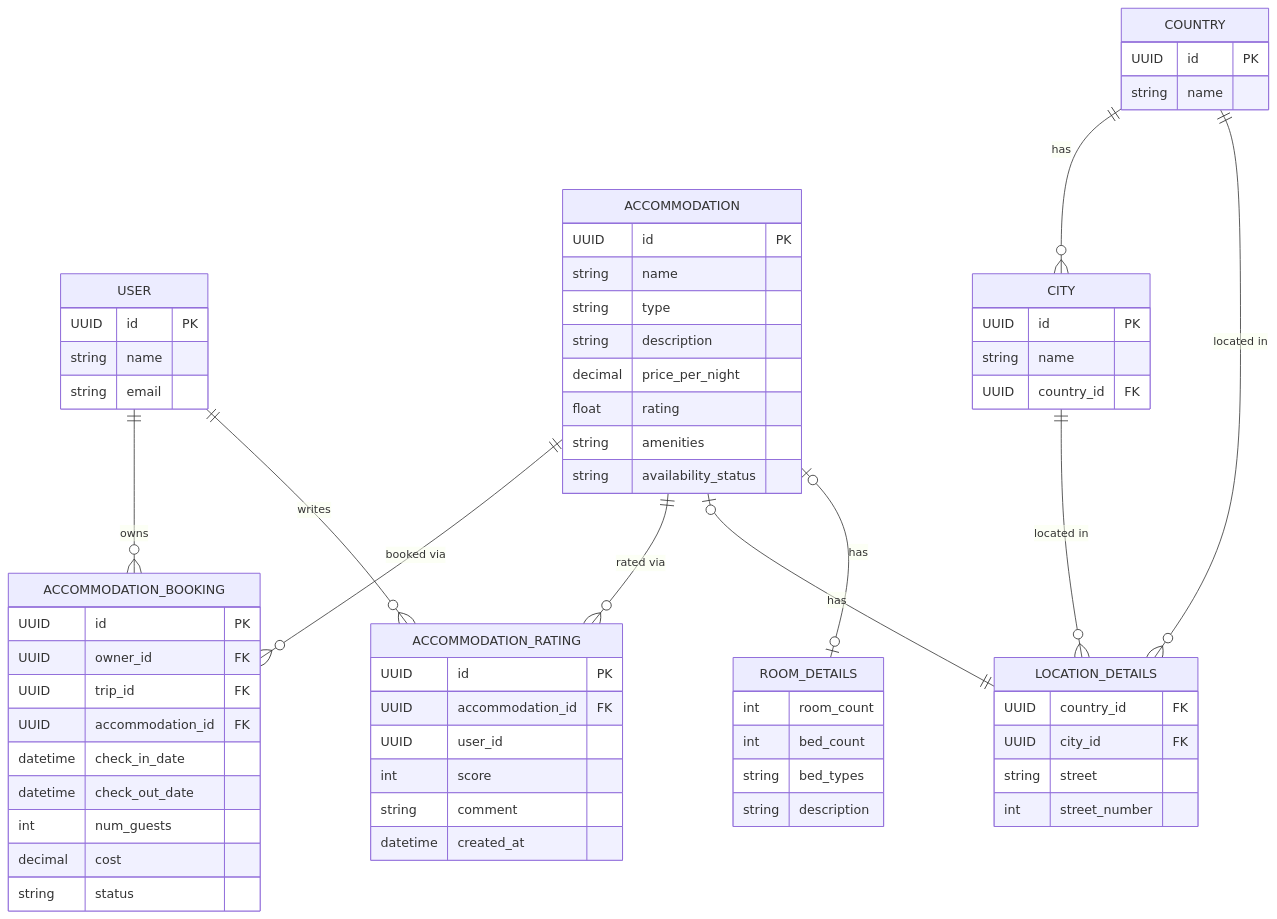
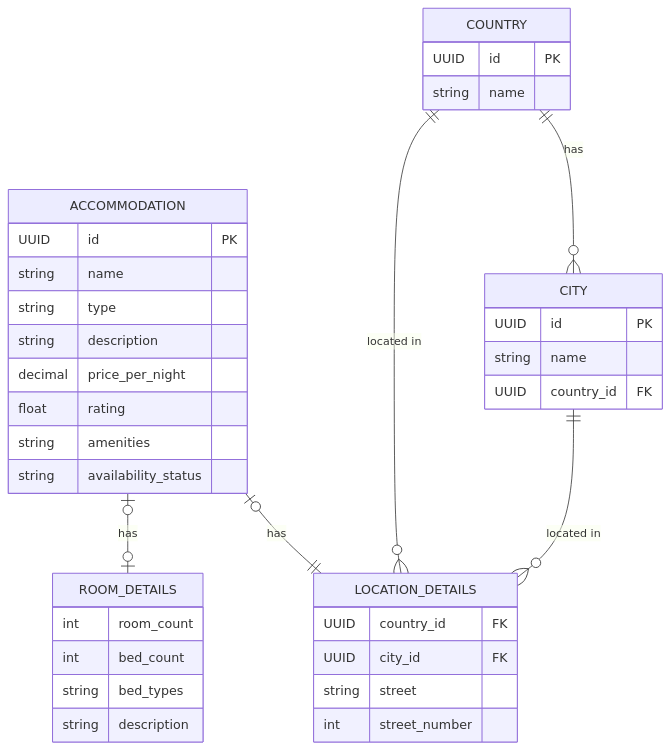
Before and after one commit to JulianKirk/TripGenie: the diagram in student-2/docs/object-model.md, drawn with Mermaid. The commit also changed other lines of this file and 12 other files, not shown here.

````diff
--- a/student-2/docs/object-model.md
+++ b/student-2/docs/object-model.md
@@ -138,75 +95,44 @@
 ```mermaid
 erDiagram
-    USER ||--o{ ACCOMMODATION_BOOKING : owns
-    USER ||--o{ ACCOMMODATION_RATING : writes
-    ACCOMMODATION ||--o{ ACCOMMODATION_BOOKING : "booked via"
-    ACCOMMODATION ||--o{ ACCOMMODATION_RATING : "rated via"
     ACCOMMODATION |o--|| LOCATION_DETAILS : has
     ACCOMMODATION |o--o| ROOM_DETAILS : has
     COUNTRY ||--o{ CITY : has
     COUNTRY ||--o{ LOCATION_DETAILS : "located in"
     CITY ||--o{ LOCATION_DETAILS : "located in"
-
-    USER {
-        UUID id PK
-        string name
-        string email
-    }
 
     ACCOMMODATION {
         UUID id PK
         string name
         string type
         string description
         decimal price_per_night
         float rating
         string amenities
         string availability_status
     }
 
     LOCATION_DETAILS {
         UUID country_id FK
         UUID city_id FK
         string street
         int street_number
     }
 
     COUNTRY {
         UUID id PK
         string name
     }
 
     CITY {
         UUID id PK
         string name
         UUID country_id FK
     }
 
     ROOM_DETAILS {
         int room_count
         int bed_count
         string bed_types
         string description
     }
-
-    ACCOMMODATION_BOOKING {
-        UUID id PK
-        UUID owner_id FK
-        UUID trip_id FK
-        UUID accommodation_id FK
-        datetime check_in_date
-        datetime check_out_date
-        int num_guests
-        decimal cost
-        string status
-    }
-
-    ACCOMMODATION_RATING {
-        UUID id PK
-        UUID accommodation_id FK
-        UUID user_id
-        int score
-        string comment
-        datetime created_at
-    }
 ```
````
